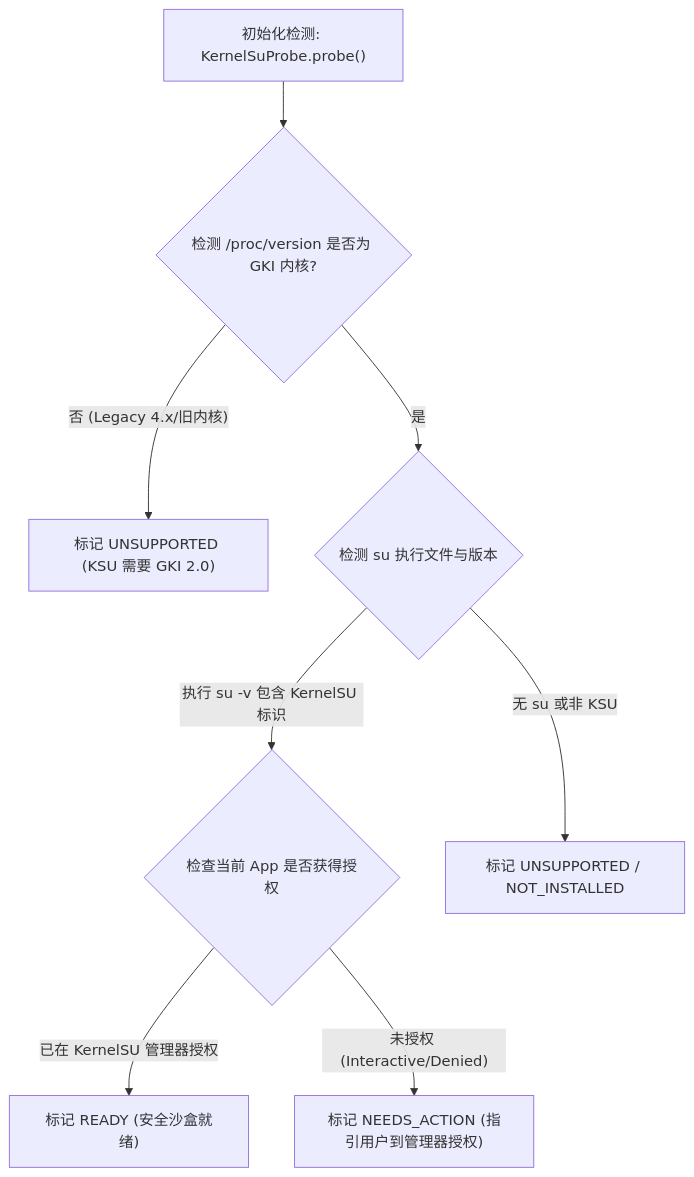
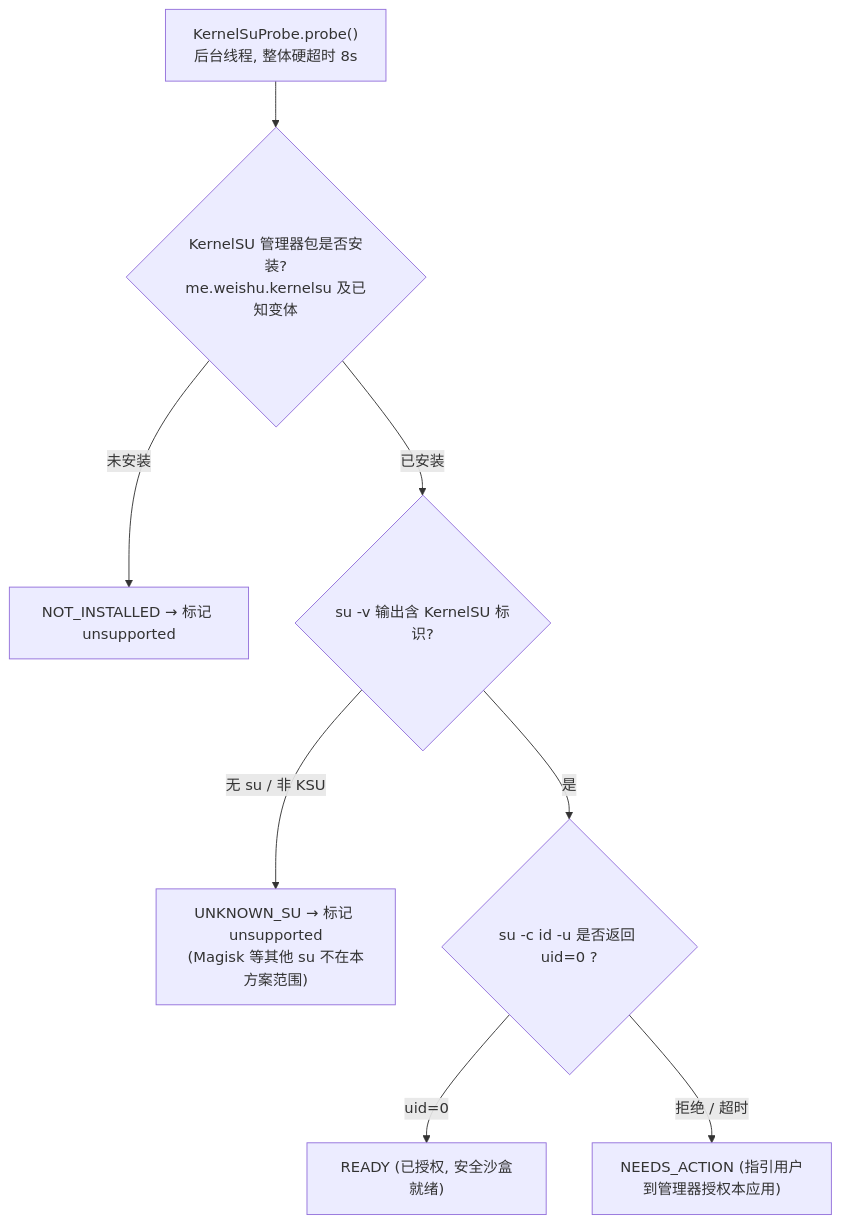
The diagram in docs/KernelSU高级通道与安全分区防护.md (dphmoblie/deepseek-harness-android), drawn with Mermaid before and after one commit. The commit also changed other lines of this file, not shown here.

First line of the commit message:
docs(root): 评审并修订 KernelSU 安全分区设计规范

````diff
--- a/docs/KernelSU高级通道与安全分区防护.md
+++ b/docs/KernelSU高级通道与安全分区防护.md
@@ -43,10 +51,10 @@
 ```mermaid
 flowchart TD
-    A["初始化检测: KernelSuProbe.probe()"] --> B{"检测 /proc/version 是否为 GKI 内核?"}
-    B -- "否 (Legacy 4.x/旧内核)" --> C["标记 UNSUPPORTED (KSU 需要 GKI 2.0)"]
-    B -- "是" --> D{"检测 su 执行文件与版本"}
-    D -- "执行 su -v 包含 KernelSU 标识" --> E{"检查当前 App 是否获得授权"}
-    D -- "无 su 或非 KSU" --> F["标记 UNSUPPORTED / NOT_INSTALLED"]
-    E -- "已在 KernelSU 管理器授权" --> G["标记 READY (安全沙盒就绪)"]
-    E -- "未授权 (Interactive/Denied)" --> H["标记 NEEDS_ACTION (指引用户到管理器授权)"]
+    A["KernelSuProbe.probe()<br/>后台线程, 整体硬超时 8s"] --> B{"KernelSU 管理器包是否安装?<br/>me.weishu.kernelsu 及已知变体"}
+    B -- "未安装" --> C["NOT_INSTALLED → 标记 unsupported"]
+    B -- "已安装" --> D{"su -v 输出含 KernelSU 标识?"}
+    D -- "无 su / 非 KSU" --> E["UNKNOWN_SU → 标记 unsupported<br/>(Magisk 等其他 su 不在本方案范围)"]
+    D -- "是" --> F{"su -c id -u 是否返回 uid=0 ?"}
+    F -- "uid=0" --> G["READY (已授权, 安全沙盒就绪)"]
+    F -- "拒绝 / 超时" --> H["NEEDS_ACTION (指引用户到管理器授权本应用)"]
 ```
````
